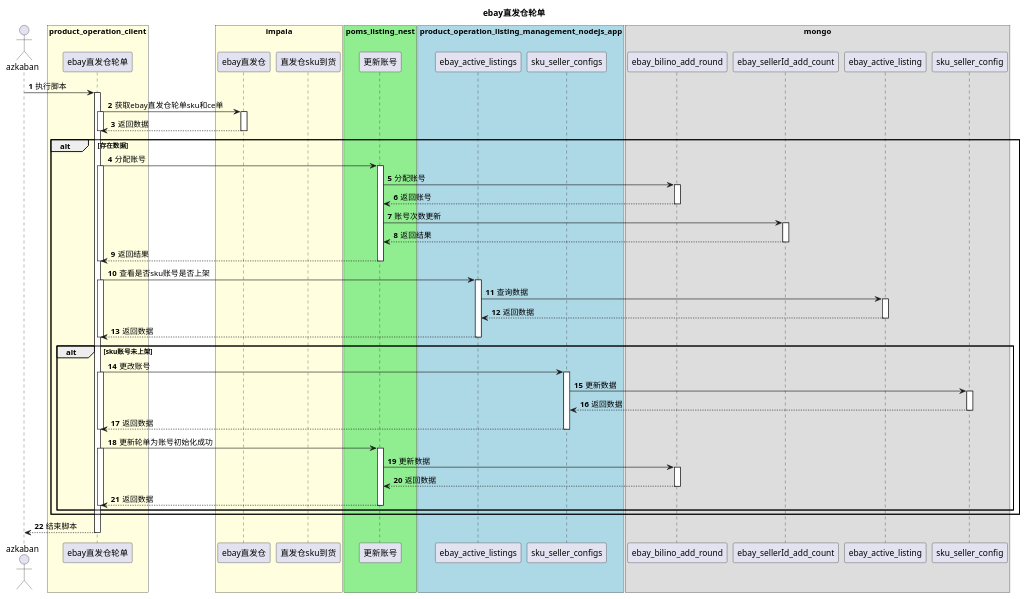
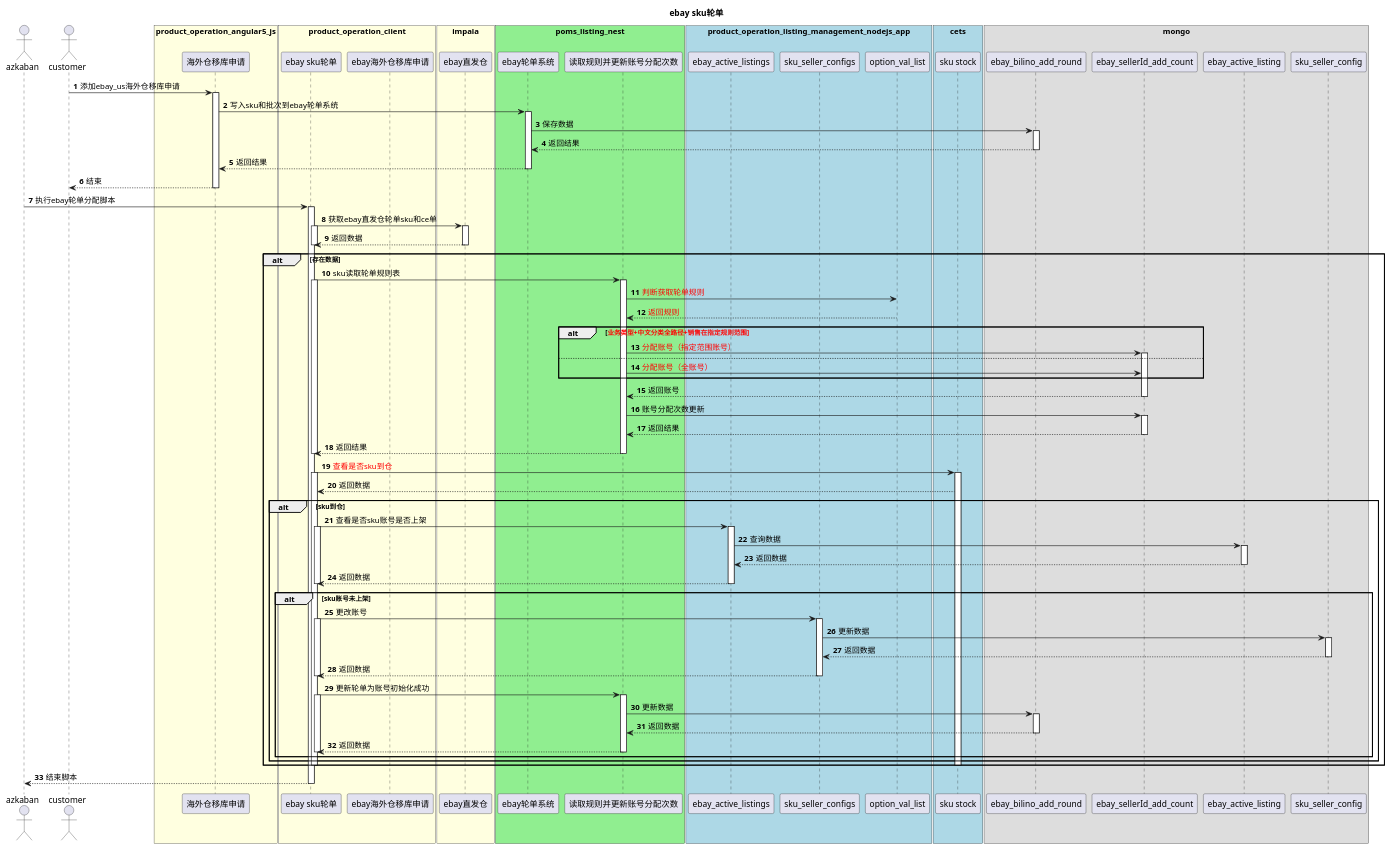
The diagram in uml/ebay直发仓轮单.puml (shallowdream1997/ShallowDream-LeetCode-PHP), drawn with PlantUML before and after one commit. The commit also changed 5 other files, not shown here.

```diff
--- a/uml/ebay直发仓轮单.puml
+++ b/uml/ebay直发仓轮单.puml
@@ -1,103 +1,143 @@
 @startuml
-title ebay直发仓轮单
+title ebay sku轮单
 autonumber
 
 actor "azkaban" as azkaban
+actor "customer" as customer
 
+box "product_operation_angular5_js" #lightYellow
+participant "海外仓移库申请" as t0
+end box
 
 box "product_operation_client" #lightYellow
-participant "ebay直发仓轮单" as t1
+participant "ebay sku轮单" as t1
+participant "ebay海外仓移库申请" as t8
 end box
 
 box "impala" #lightYellow
 participant "ebay直发仓" as t2
-participant "直发仓sku到货" as t3
 end box
 
 
 box "poms_listing_nest" #lightGreen
-participant "更新账号" as t4
+participant "ebay轮单系统" as t9
+participant "读取规则并更新账号分配次数" as t4
 end box
 
 box "product_operation_listing_management_nodejs_app" #lightBlue
 participant "ebay_active_listings" as t5
 participant "sku_seller_configs" as t6
+participant "option_val_list" as t10
+end box
+
+box "cets" #lightBlue
+participant "sku stock" as t7
 end box
 
 box "mongo"
 participant "ebay_bilino_add_round" as db1
 participant "ebay_sellerId_add_count" as db2
 participant "ebay_active_listing" as db3
 participant "sku_seller_config" as db4
 end box
 
+customer -> t0 : 添加ebay_us海外仓移库申请
+activate t0
+t0 -> t9 : 写入sku和批次到ebay轮单系统
+activate t9
+t9 -> db1 : 保存数据
+activate db1
+db1 --> t9 : 返回结果
+deactivate db1
+t9 --> t0 : 返回结果
+deactivate t9
+t0 --> customer : 结束
+deactivate t0
 
-azkaban -> t1 : 执行脚本
+azkaban -> t1 : 执行ebay轮单分配脚本
 activate t1
 t1 -> t2 : 获取ebay直发仓轮单sku和ce单
 activate t1
 activate t2
 t2 --> t1 : 返回数据
 deactivate t1
 deactivate t2
 alt 存在数据
-t1 -> t4 : 分配账号
+t1 -> t4 : sku读取轮单规则表
 activate t1
 activate t4
-t4 -> db1 : 分配账号
+t4 -> t10 : <color #red>判断获取轮单规则
+t10 --> t4 : <color #red>返回规则
+alt <color #red>业务类型+中文分类全路径+销售在指定规则范围
+t4 -> db2 : <color #red>分配账号（指定范围账号）
+activate db2
+else
+t4 -> db2 : <color #red>分配账号（全账号）
+end
+
 activate db1
-db1 --> t4 : 返回账号
+db2 --> t4 : 返回账号
+deactivate db2
 deactivate db1
-t4 -> db2 : 账号次数更新
+t4 -> db2 : 账号分配次数更新
 activate db2
 db2 --> t4 : 返回结果
 deactivate db2
 t4 --> t1 : 返回结果
 deactivate t1
 deactivate t4
 
+t1 -> t7 : <color #red>查看是否sku到仓
+activate t1
+activate t7
+t7 --> t1 : 返回数据
+alt sku到仓
 t1 -> t5 : 查看是否sku账号是否上架
 activate t1
 activate t5
 t5 -> db3 : 查询数据
 activate db3
 db3 --> t5 : 返回数据
 deactivate db3
 t5 --> t1 : 返回数据
 deactivate t5
 deactivate t1
 
 alt sku账号未上架
 t1 -> t6 : 更改账号
 activate t1
 activate t6
 t6 -> db4 : 更新数据
 activate db4
 db4 --> t6 : 返回数据
 deactivate db4
 
 t6 --> t1 : 返回数据
 deactivate t6
 deactivate t1
 
 t1 -> t4 : 更新轮单为账号初始化成功
 activate t1
 activate t4
 t4 -> db1 : 更新数据
 activate db1
 db1 --> t4 : 返回数据
 deactivate db1
 t4 --> t1 : 返回数据
 deactivate t4
 deactivate t1
 
 end
 
 end
+deactivate t7
+deactivate t1
 
 
+
+end
 
 t1 --> azkaban : 结束脚本
 deactivate t1
 
 @enduml
```
